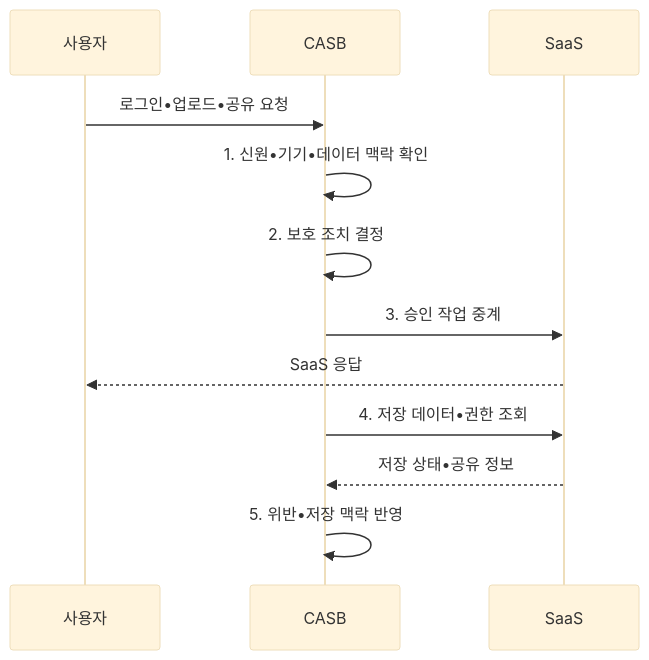
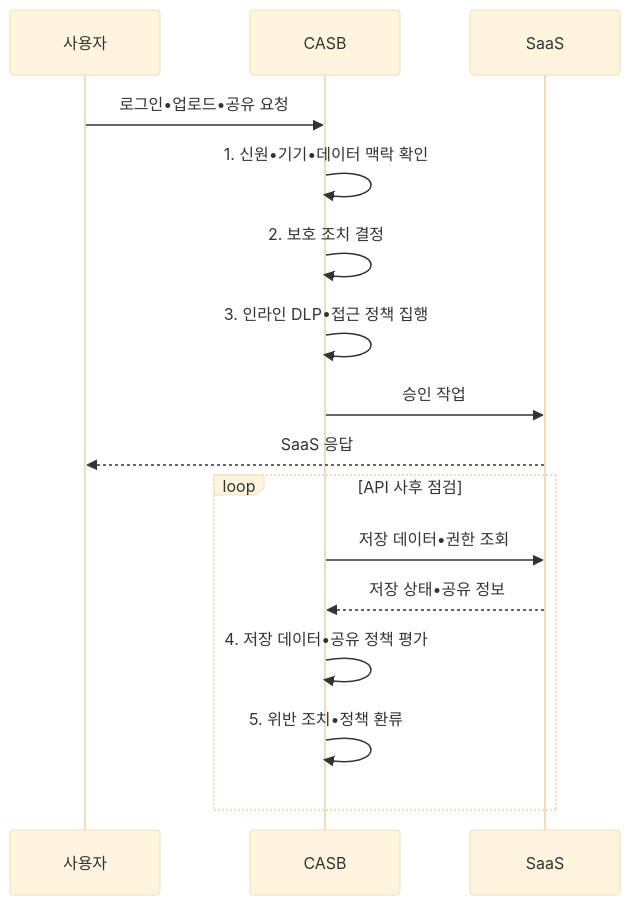
One commit to agnusdei1207/knowledge-base changed the second of 2 diagrams in src/content/docs/notes/05-security/072_casb.md. Above: the diagram before and after it, drawn with Mermaid (base theme). The commit also changed other lines of this file and 20 other files, not shown here.

````diff
--- a/src/content/docs/notes/05-security/072_casb.md
+++ b/src/content/docs/notes/05-security/072_casb.md
@@ -104,14 +104,18 @@
 ```mermaid
 sequenceDiagram
     participant U as 사용자
     participant P as CASB
     participant S as SaaS
     U->>P: 로그인•업로드•공유 요청
     P->>P: 1. 신원•기기•데이터 맥락 확인
     P->>P: 2. 보호 조치 결정
-    P->>S: 3. 승인 작업 중계
+    P->>P: 3. 인라인 DLP•접근 정책 집행
+    P->>S: 승인 작업
     S-->>U: SaaS 응답
-    P->>S: 4. 저장 데이터•권한 조회
-    S-->>P: 저장 상태•공유 정보
-    P->>P: 5. 위반•저장 맥락 반영
+    loop API 사후 점검
+        P->>S: 저장 데이터•권한 조회
+        S-->>P: 저장 상태•공유 정보
+        P->>P: 4. 저장 데이터•공유 정책 평가
+        P->>P: 5. 위반 조치•정책 환류
+    end
 ```
````
